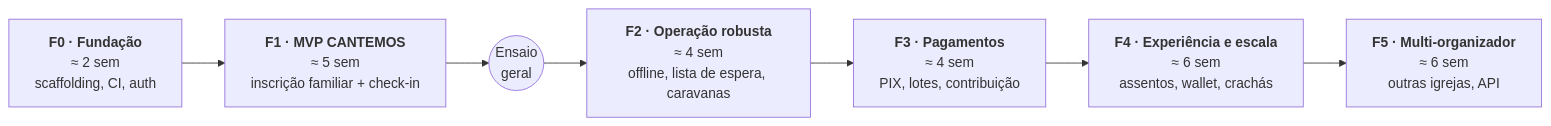
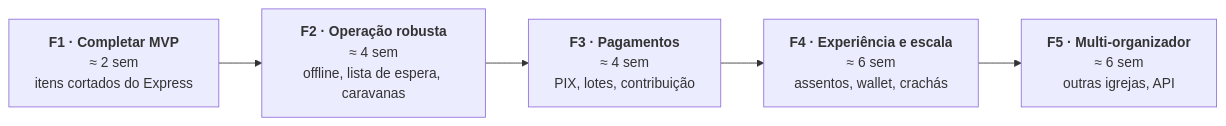
Before and after one commit to danieldebarroscavalcante-svg/cantemos: the second of 2 diagrams in docs/03-roadmap.md, drawn with Mermaid. The commit also changed other lines of this file and 3 other files, not shown here.

First line of the commit message:
Plano Express para o CANTEMOS 2026 (19/11, gratuito, 120 lugares)

````diff
--- a/docs/03-roadmap.md
+++ b/docs/03-roadmap.md
@@ -7,11 +73,9 @@
 ```mermaid
 flowchart LR
-    F0["<b>F0 · Fundação</b><br/>≈ 2 sem<br/>scaffolding, CI, auth"]
-    F1["<b>F1 · MVP CANTEMOS</b><br/>≈ 5 sem<br/>inscrição familiar + check-in"]
-    M1(("Ensaio<br/>geral"))
+    F1["<b>F1 · Completar MVP</b><br/>≈ 2 sem<br/>itens cortados do Express"]
     F2["<b>F2 · Operação robusta</b><br/>≈ 4 sem<br/>offline, lista de espera, caravanas"]
     F3["<b>F3 · Pagamentos</b><br/>≈ 4 sem<br/>PIX, lotes, contribuição"]
     F4["<b>F4 · Experiência e escala</b><br/>≈ 6 sem<br/>assentos, wallet, crachás"]
     F5["<b>F5 · Multi-organizador</b><br/>≈ 6 sem<br/>outras igrejas, API"]
-    F0 --> F1 --> M1 --> F2 --> F3 --> F4 --> F5
+    F1 --> F2 --> F3 --> F4 --> F5
 ```
````
